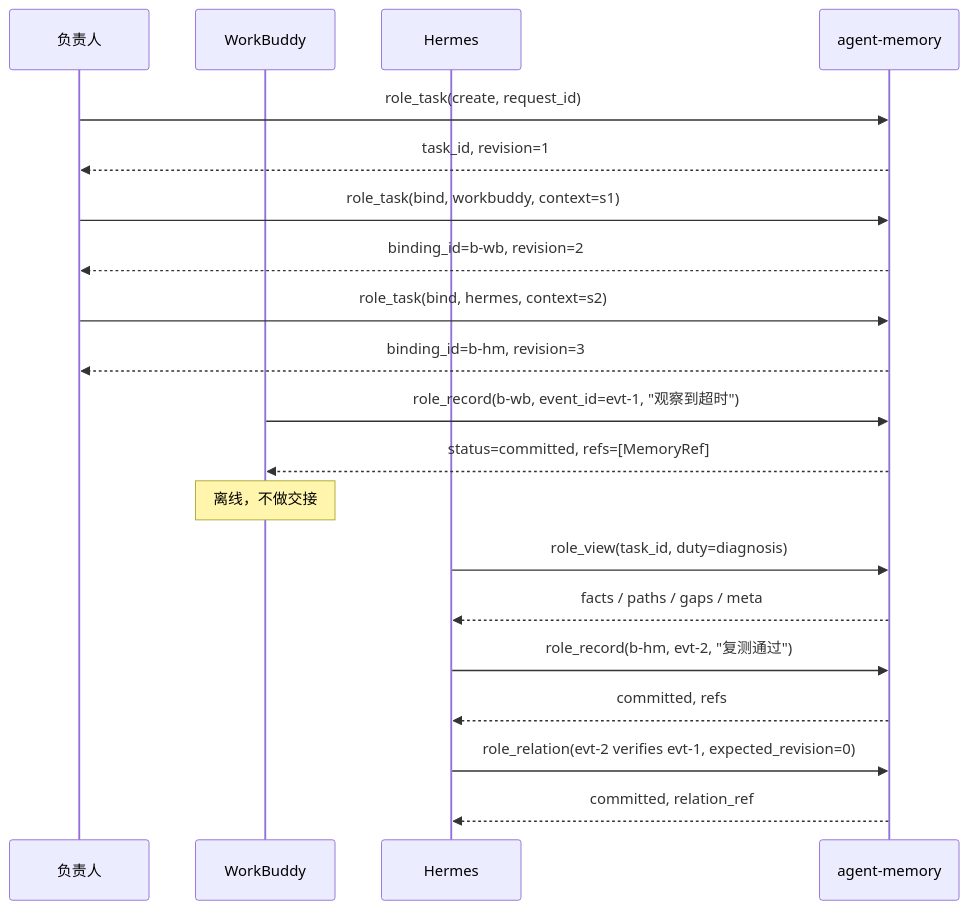
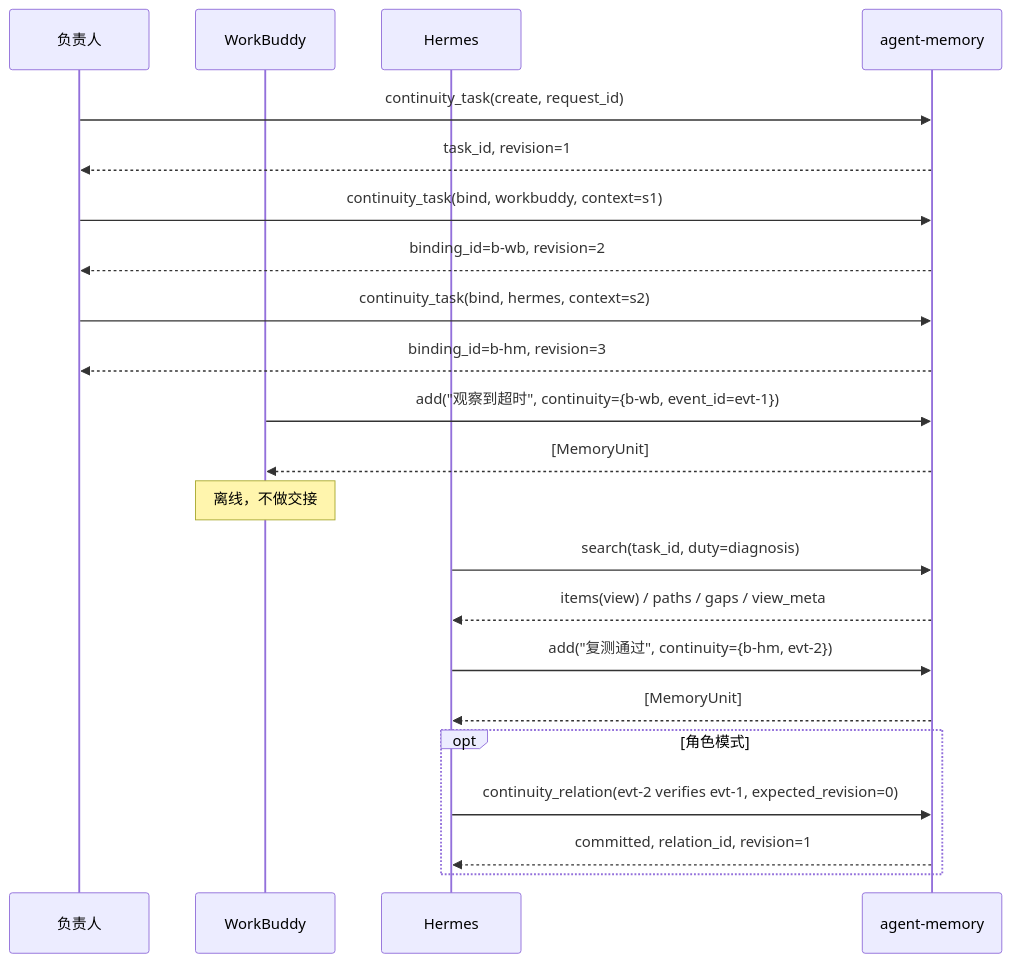
Before and after one commit to openJiuwen-ai/agent-memory: the first of 8 diagrams in docs/features/construction/F10-role-memory.md, drawn with Mermaid. The commit also changed other lines of this file and 95 other files, not shown here.

````diff
--- a/docs/features/construction/F10-role-memory.md
+++ b/docs/features/construction/F10-role-memory.md
@@ -927,22 +996,24 @@
 ```mermaid
 sequenceDiagram
     participant O as 负责人
     participant WB as WorkBuddy
     participant HM as Hermes
     participant AM as agent-memory
-    O->>AM: role_task(create, request_id)
+    O->>AM: continuity_task(create, request_id)
     AM-->>O: task_id, revision=1
-    O->>AM: role_task(bind, workbuddy, context=s1)
+    O->>AM: continuity_task(bind, workbuddy, context=s1)
     AM-->>O: binding_id=b-wb, revision=2
-    O->>AM: role_task(bind, hermes, context=s2)
+    O->>AM: continuity_task(bind, hermes, context=s2)
     AM-->>O: binding_id=b-hm, revision=3
-    WB->>AM: role_record(b-wb, event_id=evt-1, "观察到超时")
-    AM-->>WB: status=committed, refs=[MemoryRef]
+    WB->>AM: add("观察到超时", continuity={b-wb, event_id=evt-1})
+    AM-->>WB: [MemoryUnit]
     Note over WB: 离线，不做交接
-    HM->>AM: role_view(task_id, duty=diagnosis)
-    AM-->>HM: facts / paths / gaps / meta
-    HM->>AM: role_record(b-hm, evt-2, "复测通过")
-    AM-->>HM: committed, refs
-    HM->>AM: role_relation(evt-2 verifies evt-1, expected_revision=0)
-    AM-->>HM: committed, relation_ref
+    HM->>AM: search(task_id, duty=diagnosis)
+    AM-->>HM: items(view) / paths / gaps / view_meta
+    HM->>AM: add("复测通过", continuity={b-hm, evt-2})
+    AM-->>HM: [MemoryUnit]
+    opt 角色模式
+        HM->>AM: continuity_relation(evt-2 verifies evt-1, expected_revision=0)
+        AM-->>HM: committed, relation_id, revision=1
+    end
 ```
````
